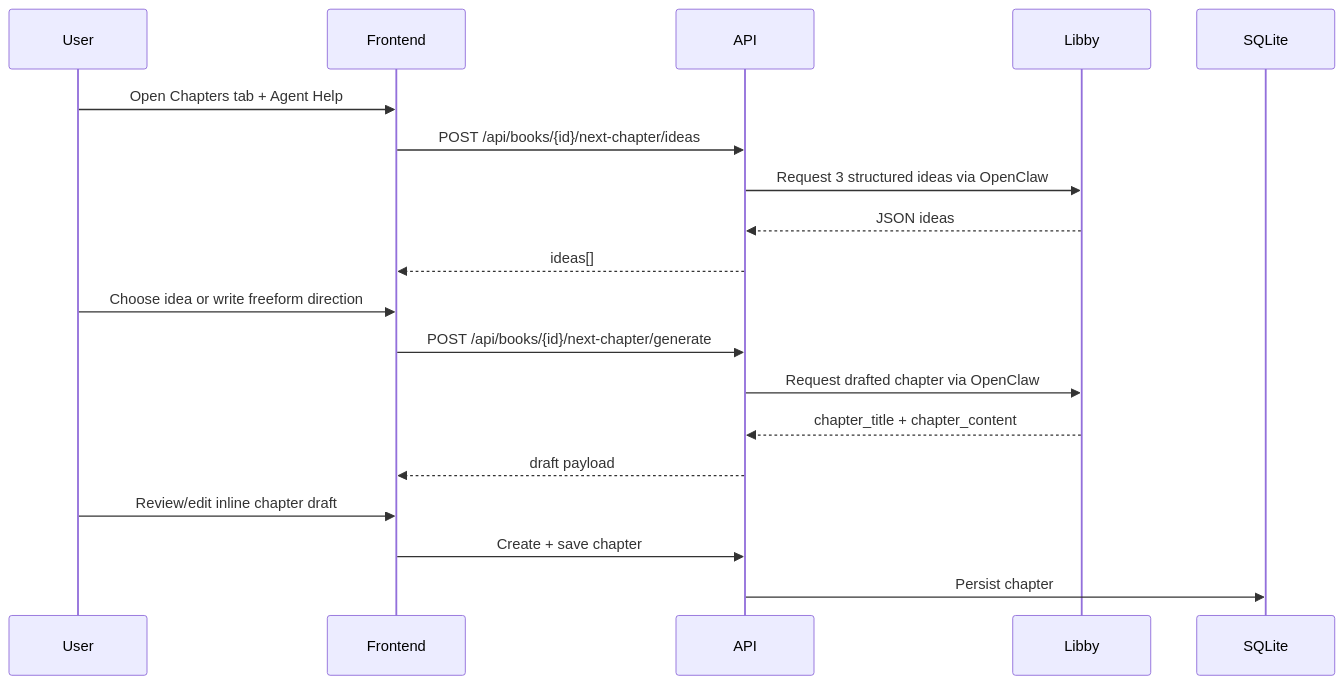
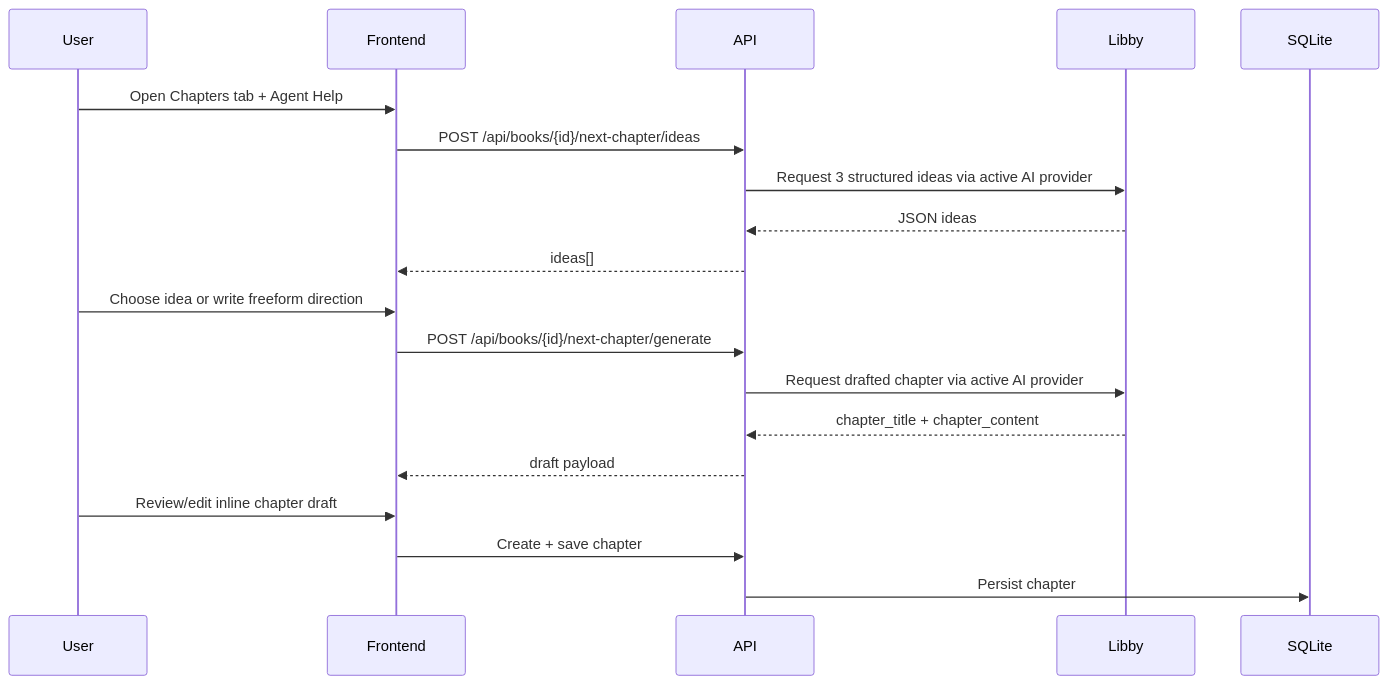
Before and after one commit to gptkiosk/story-forge: the fourth of 4 diagrams in README.md, drawn with Mermaid. The commit also changed other lines of this file and 9 other files, not shown here.

````diff
--- a/README.md
+++ b/README.md
@@ -68,22 +71,22 @@
 ```mermaid
 sequenceDiagram
     participant User
     participant Frontend
     participant API
     participant Libby
     participant SQLite
 
     User->>Frontend: Open Chapters tab + Agent Help
     Frontend->>API: POST /api/books/{id}/next-chapter/ideas
-    API->>Libby: Request 3 structured ideas via OpenClaw
+    API->>Libby: Request 3 structured ideas via active AI provider
     Libby-->>API: JSON ideas
     API-->>Frontend: ideas[]
     User->>Frontend: Choose idea or write freeform direction
     Frontend->>API: POST /api/books/{id}/next-chapter/generate
-    API->>Libby: Request drafted chapter via OpenClaw
+    API->>Libby: Request drafted chapter via active AI provider
     Libby-->>API: chapter_title + chapter_content
     API-->>Frontend: draft payload
     User->>Frontend: Review/edit inline chapter draft
     Frontend->>API: Create + save chapter
     API->>SQLite: Persist chapter
 ```
````
